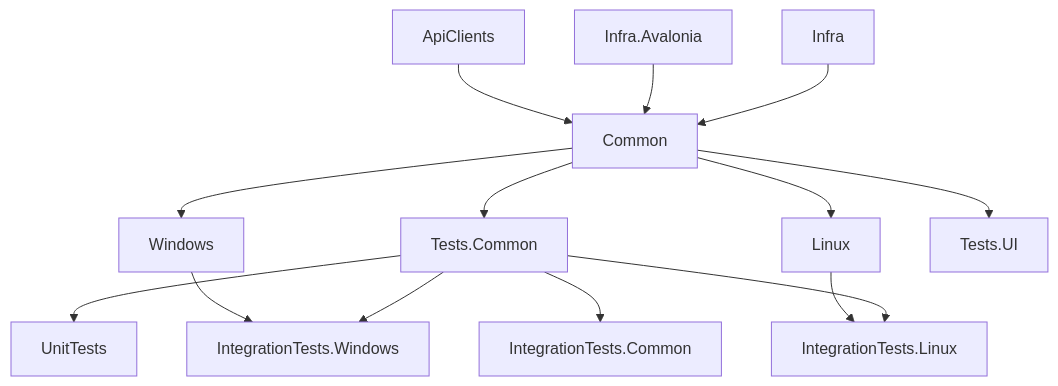
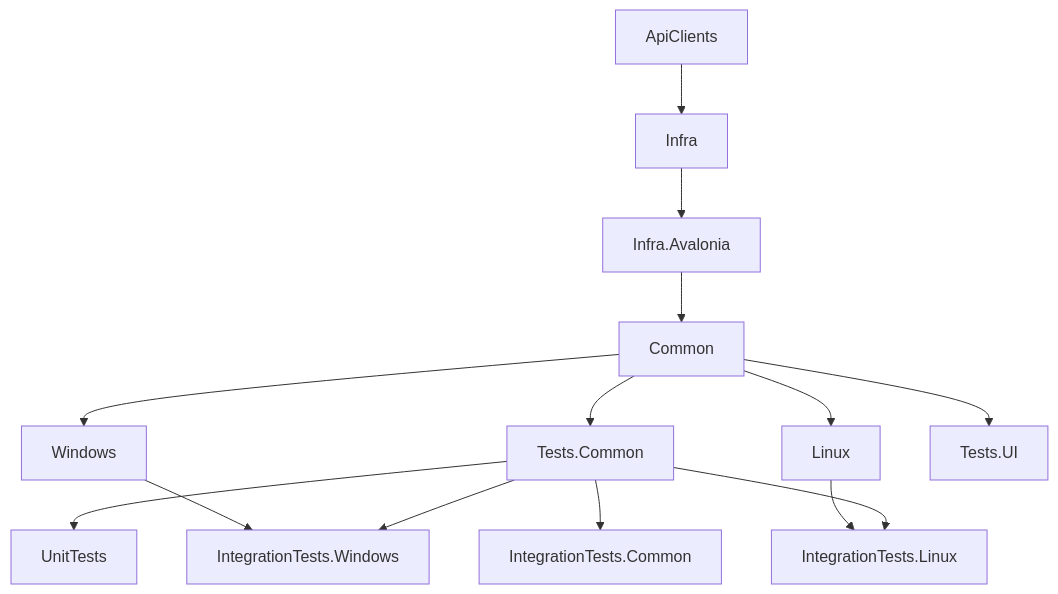
Before and after one commit to DSPaul/COMPASS: the diagram in Docs/Architecture.md, drawn with Mermaid. The commit also changed other lines of this file and 535 other files, not shown here.

Commit message:
Restructure common - Infra divide

````diff
--- a/Docs/Architecture.md
+++ b/Docs/Architecture.md
@@ -41,16 +51,16 @@
 ```mermaid
 graph TD;
-    Infra-->Common;
+    ApiClients-->Infra;
+    Infra-->Infra.Avalonia;
     Infra.Avalonia-->Common;
-    ApiClients-->Common;
     Common-->Windows; 
     Common-->Linux;
     Common-->Tests.Common;
     Common-->Tests.UI;
     Tests.Common-->UnitTests;
     Tests.Common-->IntegrationTests.Common;
     Tests.Common-->IntegrationTests.Windows;
     Tests.Common-->IntegrationTests.Linux;
     Windows-->IntegrationTests.Windows;
     Linux-->IntegrationTests.Linux;
 ```
````
